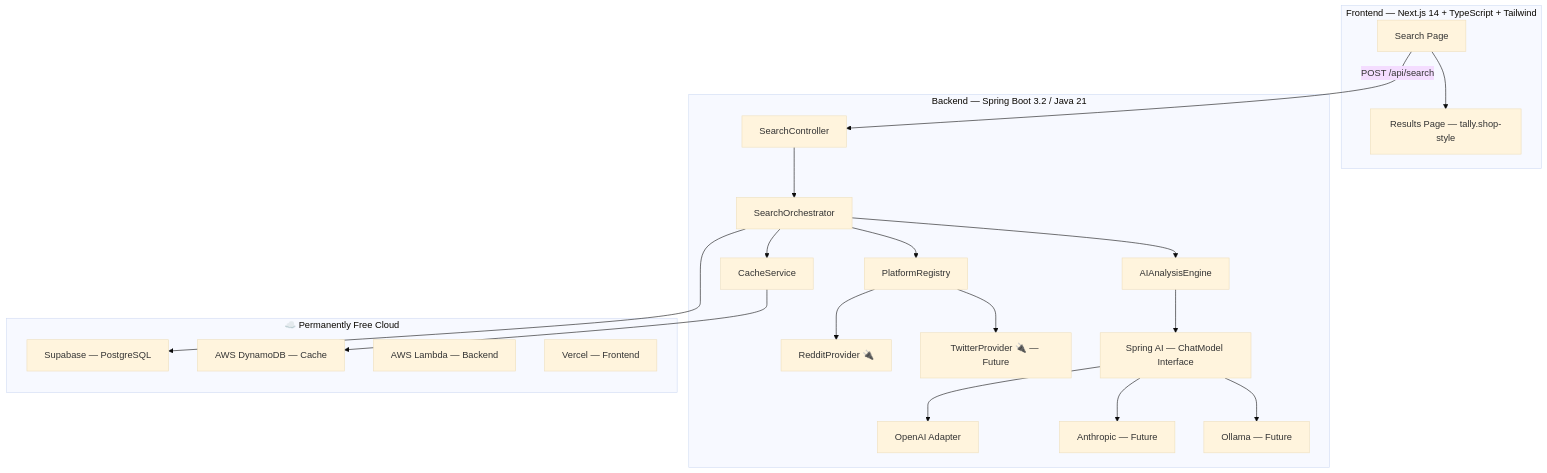
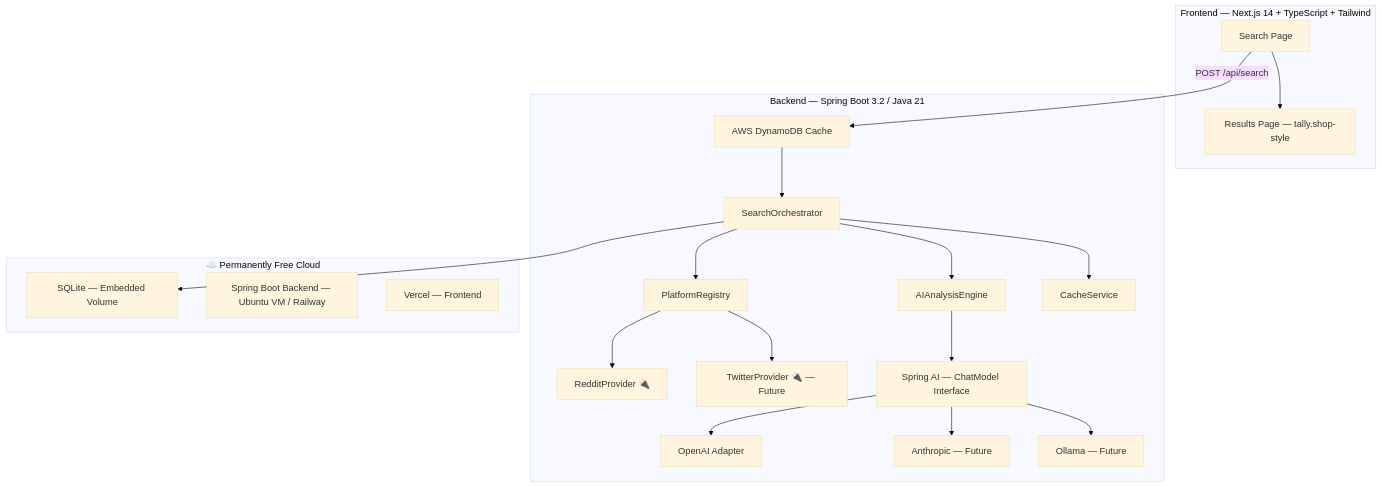
One commit to anubhavbagri/CrowdLens changed the diagram in implementation_plan.md. Above: the diagram before and after it, drawn with Mermaid (base theme). The commit also changed other lines of this file and 3 other files, not shown here.

````diff
--- a/implementation_plan.md
+++ b/implementation_plan.md
@@ -32,32 +32,31 @@
 ```mermaid
 graph TB
     subgraph Frontend["Frontend — Next.js 14 + TypeScript + Tailwind"]
         A[Search Page] --> B[Results Page — tally.shop-style]
     end
 
     subgraph Backend["Backend — Spring Boot 3.2 / Java 21"]
         D[SearchController] --> E[SearchOrchestrator]
         E --> F[PlatformRegistry]
         E --> G[AIAnalysisEngine]
         E --> H[CacheService]
         
         F --> F1["RedditProvider 🔌"]
         F --> F2["TwitterProvider 🔌 — Future"]
         
         G --> G1["Spring AI — ChatModel Interface"]
         G1 --> G1a["OpenAI Adapter"]
         G1 --> G1b["Anthropic — Future"]
         G1 --> G1c["Ollama — Future"]
     end
 
     subgraph Cloud["☁️ Permanently Free Cloud"]
-        M["Supabase — PostgreSQL"]
-        N["AWS DynamoDB — Cache"]
-        L["AWS Lambda — Backend"]
+        M["SQLite — Embedded Volume"]
+        D["AWS DynamoDB Cache"]
+        L["Spring Boot Backend — Ubuntu VM / Railway"]
         V["Vercel — Frontend"]
     end
 
     A -->|POST /api/search| D
-    H --> N
     E --> M
 ```
````
